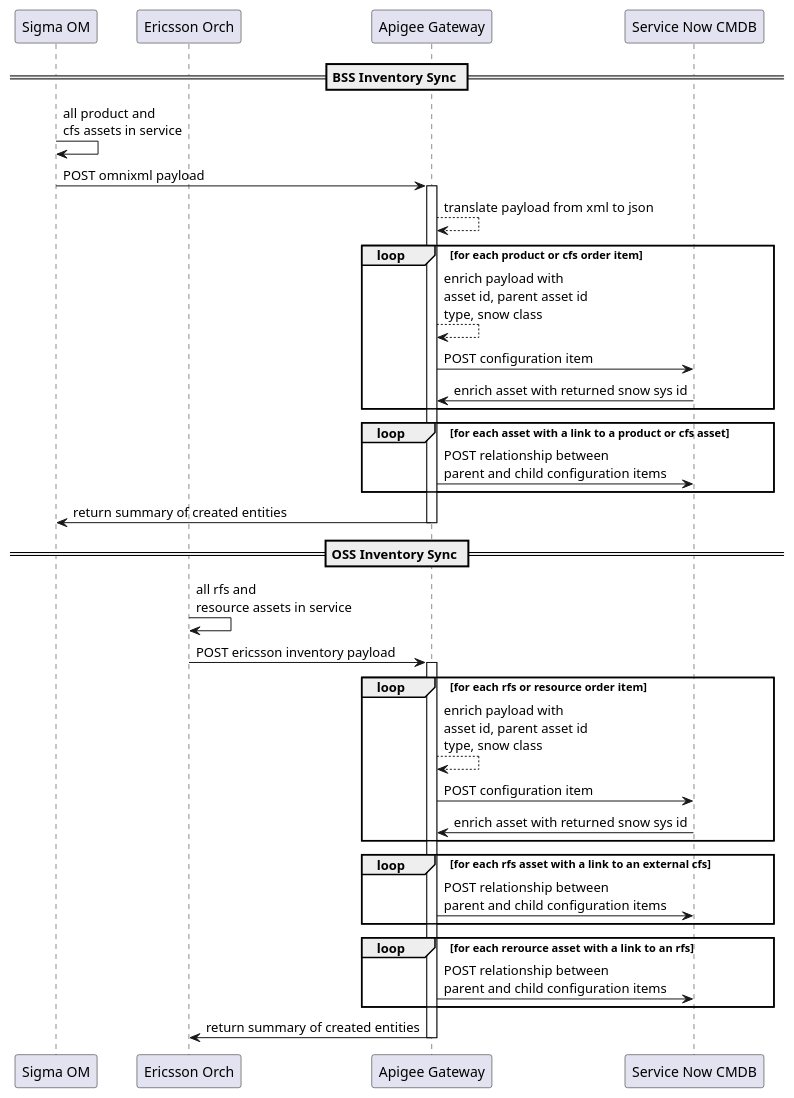
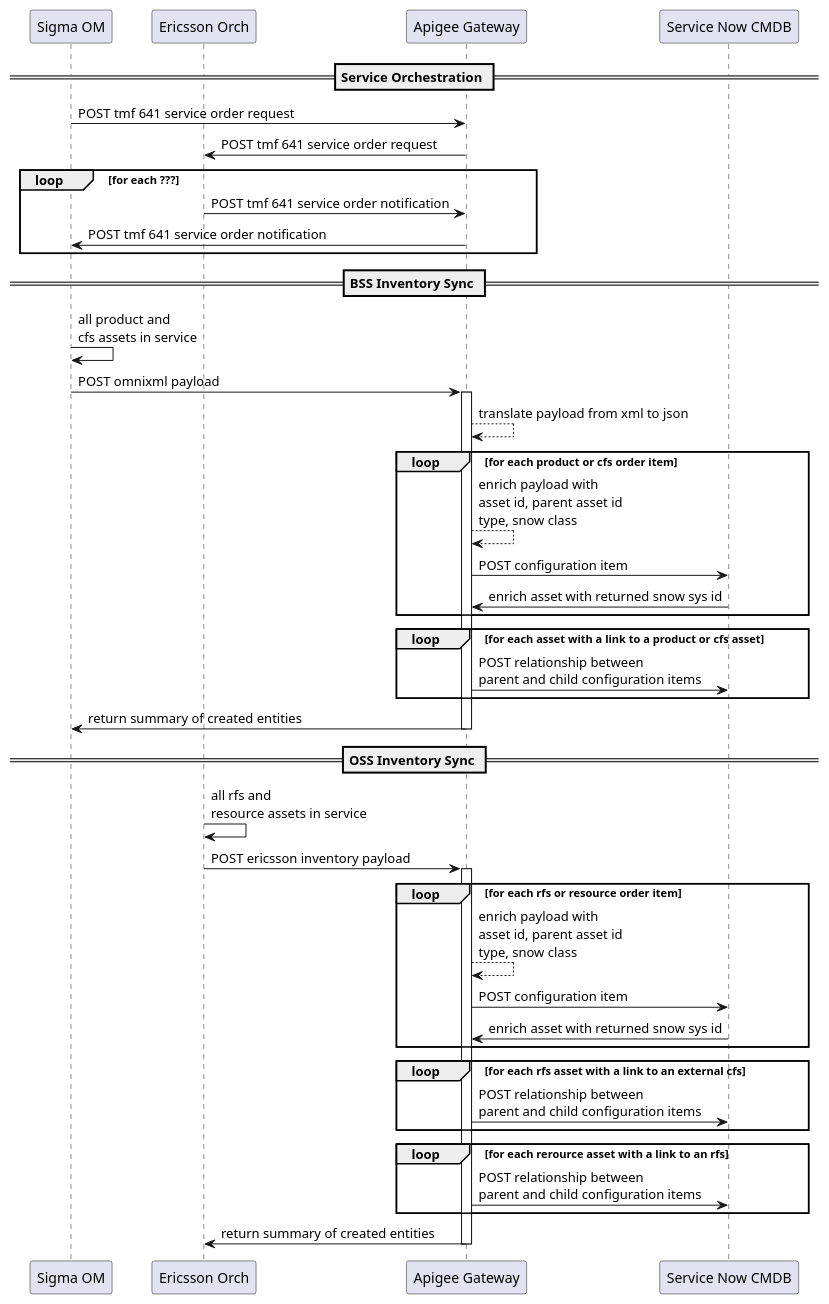
One commit to stevocurtis/nodejs-playpen changed the diagram in docs/inventory-sync-sequence.puml. Above: the diagram before and after it, drawn with PlantUML.

Commit message:
Added service orchestration flow

```diff
--- a/docs/inventory-sync-sequence.puml
+++ b/docs/inventory-sync-sequence.puml
@@ -1,56 +1,64 @@
 @startuml
 ' box "BSS"
 participant "Sigma OM" as sigma
 ' end box
 ' box "OSS"
 participant "Ericsson Orch" as ericsson
 ' end box
 ' box "Integration"
 participant "Apigee Gateway" as apigee
 ' end box
 ' box "Inlife"
 participant "Service Now CMDB" as snow
 ' end box
+== Service Orchestration ==
+sigma -> apigee: POST tmf 641 service order request
+apigee -> ericsson: POST tmf 641 service order request
+loop for each ???
+ericsson -> apigee: POST tmf 641 service order notification
+apigee -> sigma: POST tmf 641 service order notification
+end
+
 == BSS Inventory Sync ==
 sigma -> sigma: all product and\ncfs assets in service
 sigma -> apigee: POST omnixml payload
 activate apigee
 
 apigee --> apigee: translate payload from xml to json
 loop for each product or cfs order item
 apigee --> apigee: enrich payload with\nasset id, parent asset id\ntype, snow class
 
 apigee -> snow: POST configuration item
 snow -> apigee: enrich asset with returned snow sys id
 end
 
 loop for each asset with a link to a product or cfs asset
 apigee -> snow: POST relationship between\nparent and child configuration items
 end
 
 apigee -> sigma: return summary of created entities
 deactivate apigee
 
 == OSS Inventory Sync ==
 ericsson -> ericsson: all rfs and\nresource assets in service
 ericsson -> apigee: POST ericsson inventory payload
 activate apigee
 
 loop for each rfs or resource order item
 apigee --> apigee: enrich payload with\nasset id, parent asset id\ntype, snow class
 
 apigee -> snow: POST configuration item
 snow -> apigee: enrich asset with returned snow sys id
 end
 
 loop for each rfs asset with a link to an external cfs
 apigee -> snow: POST relationship between\nparent and child configuration items
 end
 
 loop for each rerource asset with a link to an rfs
 apigee -> snow: POST relationship between\nparent and child configuration items
 end
 
 apigee -> ericsson: return summary of created entities
 deactivate apigee
 @enduml
```
